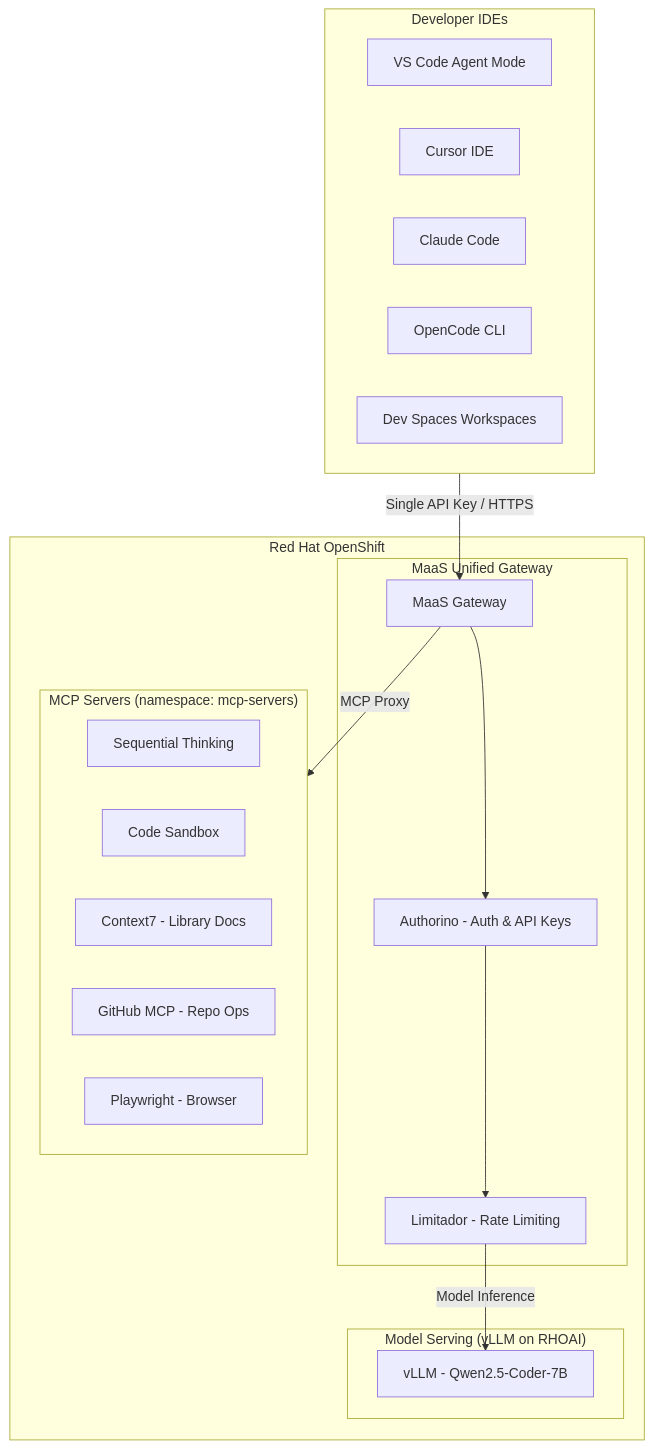
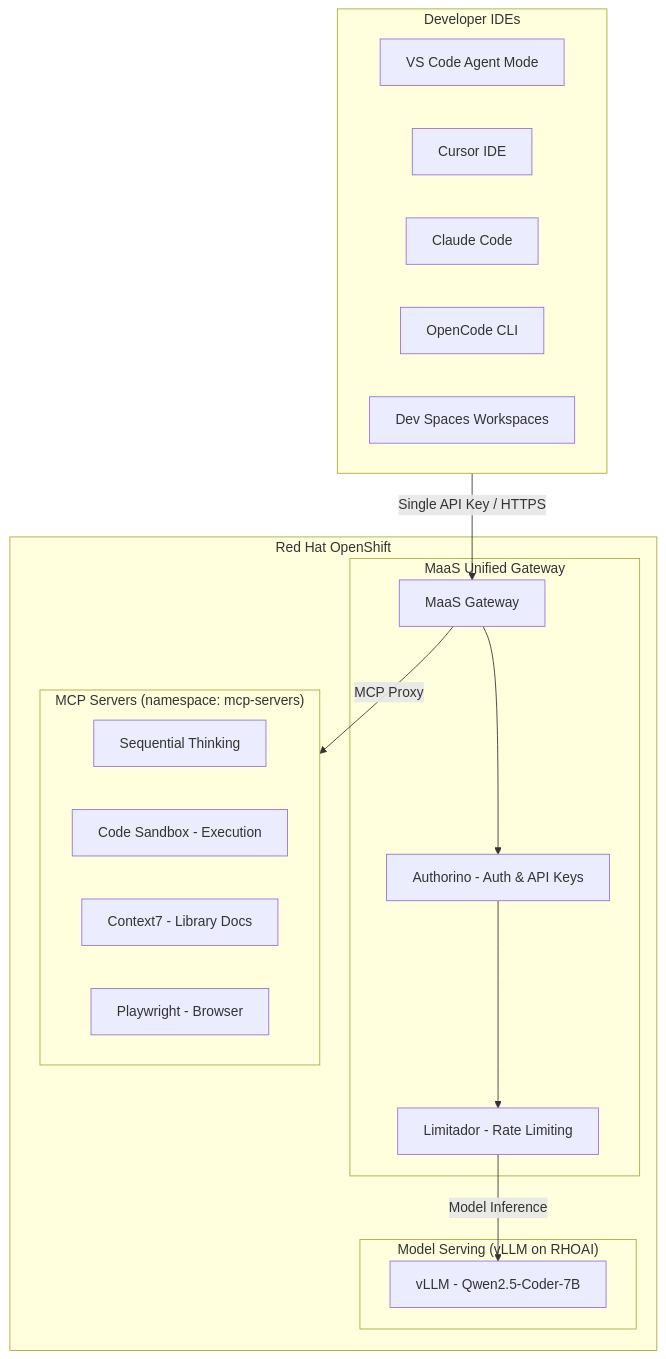
Before and after one commit to hyogrin/rhoai-coding-assistant-lab: the first of 2 diagrams in README.md, drawn with Mermaid. The commit also changed other lines of this file and 18 other files, not shown here.

````diff
--- a/README.md
+++ b/README.md
@@ -7,36 +7,36 @@
 ```mermaid
 flowchart TB
     subgraph IDE["Developer IDEs"]
         VSCode[VS Code Agent Mode]
         Cursor[Cursor IDE]
         ClaudeCode[Claude Code]
         OpenCode[OpenCode CLI]
         DevSpaces[Dev Spaces Workspaces]
     end
 
     subgraph OCP["Red Hat OpenShift"]
         subgraph MaaS["MaaS Unified Gateway"]
             Gateway[MaaS Gateway]
             Auth[Authorino - Auth & API Keys]
             RateLimit[Limitador - Rate Limiting]
         end
 
         subgraph MCP["MCP Servers (namespace: mcp-servers)"]
             SeqThink[Sequential Thinking]
             CodeSandbox[Code Sandbox]
             Context7[Context7 - Library Docs]
-            GitHub[GitHub MCP - Repo Ops]
+            CodeSandbox[Code Sandbox - Execution]
             Playwright[Playwright - Browser]
         end
 
         subgraph Inference["Model Serving (vLLM on RHOAI)"]
             vLLM1[vLLM - Qwen2.5-Coder-7B]
         end
     end
 
     IDE -->|Single API Key / HTTPS| Gateway
     Gateway --> Auth
     Auth --> RateLimit
     RateLimit -->|Model Inference| vLLM1
     Gateway -->|MCP Proxy| MCP
 ```
````
